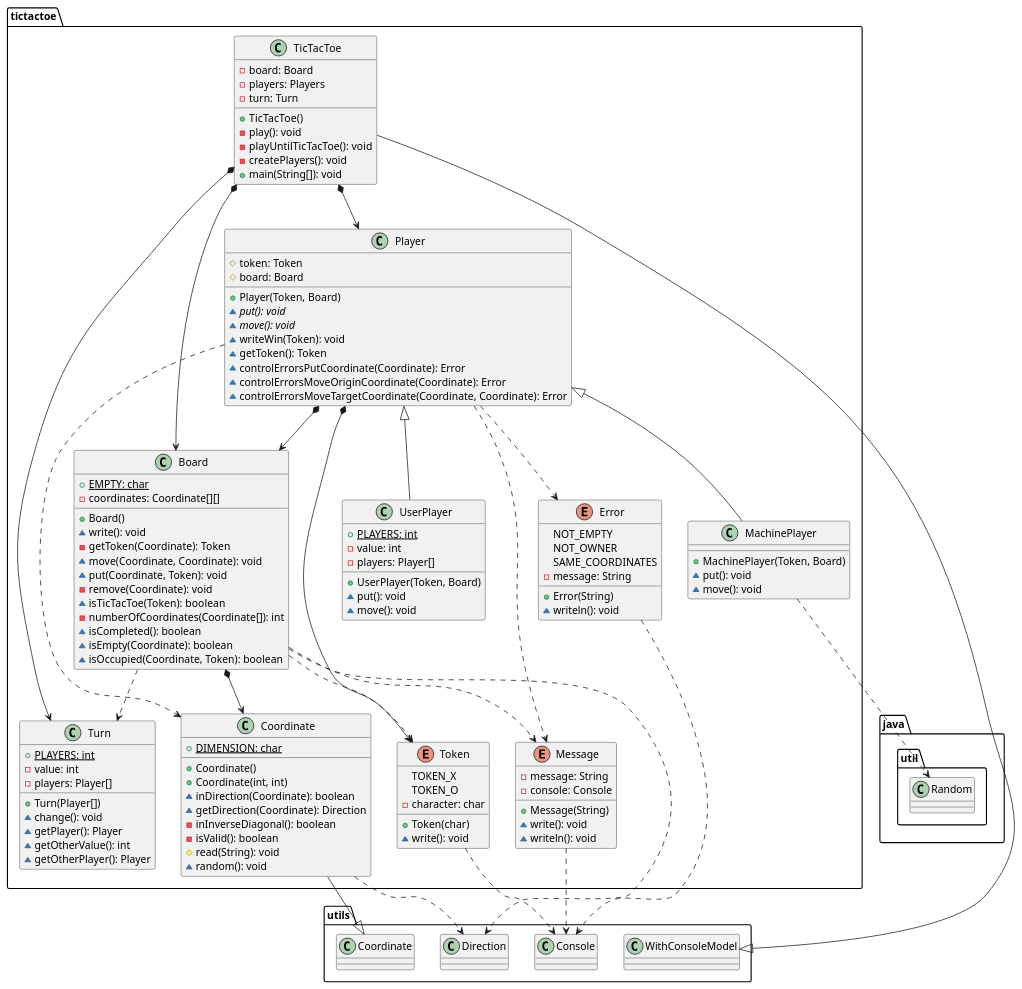
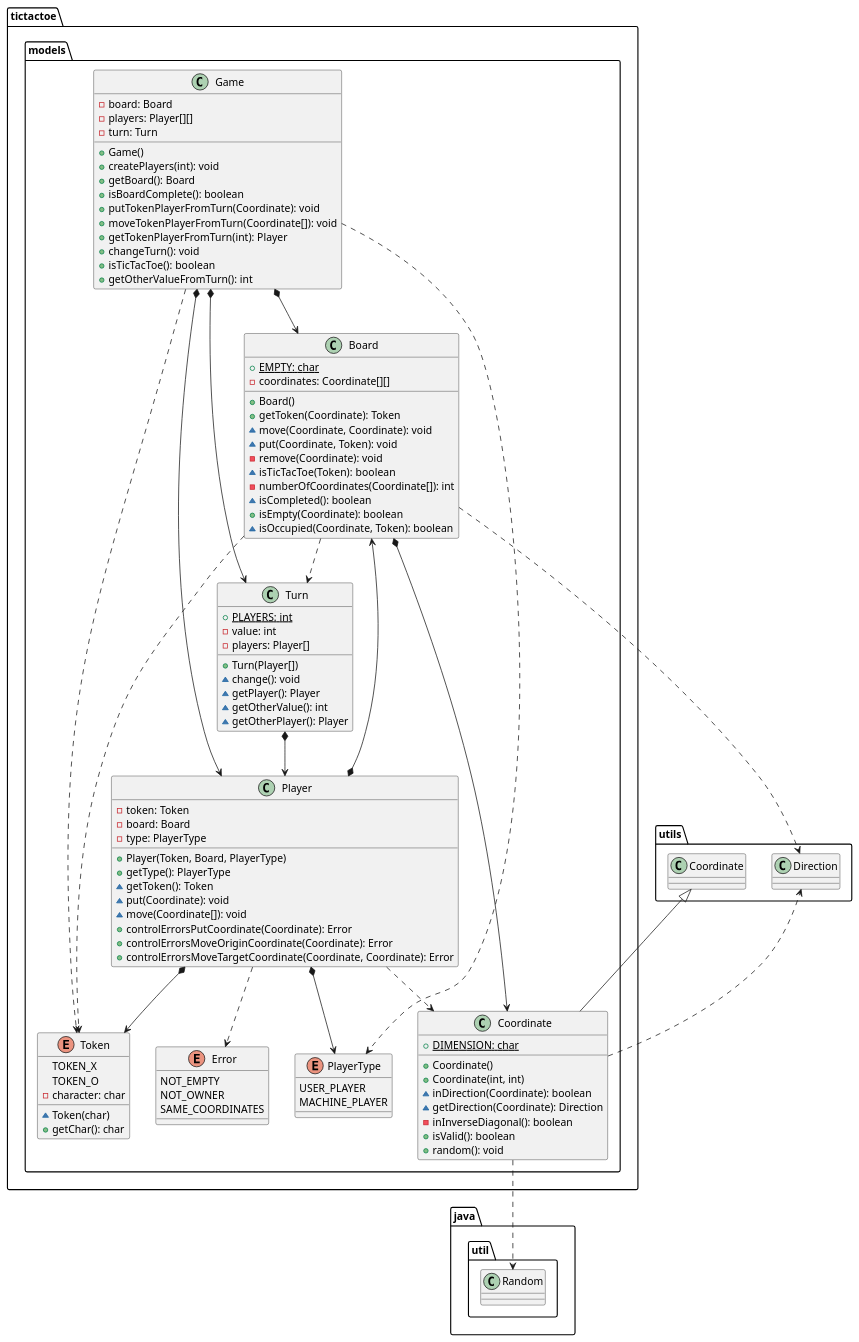
One commit to x-USantaTecla-game-ticTacToe/java changed the third of 5 diagrams in docs/src/docs/asciidoc/index.adoc. Above: the diagram before and after it, drawn with PlantUML. The commit also changed other lines of this file and 20 other files, not shown here.

```diff
--- a/docs/src/docs/asciidoc/index.adoc
+++ b/docs/src/docs/asciidoc/index.adoc
@@ -50,111 +73,99 @@
-[plantuml,version1TicTacToe,svg]
+[plantuml,tictactoeModels,svg]
 ....
 
-class  tictactoe.Board{
+class  tictactoe.models.Board{
 + {static} EMPTY: char
 - coordinates: Coordinate[][]
 + Board()
-~ write(): void
-- getToken(Coordinate): Token
++ getToken(Coordinate): Token
 ~ move(Coordinate, Coordinate): void
 ~ put(Coordinate, Token): void
 - remove(Coordinate): void
 ~ isTicTacToe(Token): boolean
 - numberOfCoordinates(Coordinate[]): int
 ~ isCompleted(): boolean
-~ isEmpty(Coordinate): boolean
++ isEmpty(Coordinate): boolean
 ~ isOccupied(Coordinate, Token): boolean
 }
-tictactoe.Board *-down-> tictactoe.Coordinate
-tictactoe.Board ..> tictactoe.Token
-tictactoe.Board ..> tictactoe.Turn
-tictactoe.Board ..> utils.Direction
-tictactoe.Board ..> tictactoe.Message
+tictactoe.models.Board *-down-> tictactoe.models.Coordinate
+tictactoe.models.Board ..> tictactoe.models.Token
+tictactoe.models.Board ..> tictactoe.models.Turn
+tictactoe.models.Board ..> utils.Direction
 
-class  tictactoe.Coordinate{
+class  tictactoe.models.Coordinate{
 + {static} DIMENSION: char
 + Coordinate()
 + Coordinate(int, int)
 ~ inDirection(Coordinate): boolean
 ~ getDirection(Coordinate): Direction
 - inInverseDiagonal(): boolean
-- isValid(): boolean
-# read(String): void
-~ random(): void
++ isValid(): boolean
++ random(): void
 }
-utils.Coordinate <|-down- tictactoe.Coordinate
-tictactoe.Coordinate ..> utils.Direction
+utils.Coordinate <|-down- tictactoe.models.Coordinate
+tictactoe.models.Coordinate ..> utils.Direction
+tictactoe.models.Coordinate ..> java.util.Random
 
-enum  tictactoe.Error{
+enum  tictactoe.models.Error{
 NOT_EMPTY
 NOT_OWNER
 SAME_COORDINATES
-- message: String
-+ Error(String)
-~ writeln(): void
 }
-tictactoe.Error ..> utils.Console
 
-class  tictactoe.MachinePlayer{
-+ MachinePlayer(Token, Board)
-~ put(): void
-~ move(): void
+class  tictactoe.models.Game{
+- board: Board
+- players: Player[][]
+- turn: Turn
++ Game()
++ createPlayers(int): void
++ getBoard(): Board
++ isBoardComplete(): boolean
++ putTokenPlayerFromTurn(Coordinate): void
++ moveTokenPlayerFromTurn(Coordinate[]): void
++ getTokenPlayerFromTurn(int): Player
++ changeTurn(): void
++ isTicTacToe(): boolean
++ getOtherValueFromTurn(): int
 }
-tictactoe.Player <|-down- tictactoe.MachinePlayer
-tictactoe.MachinePlayer ..> java.util.Random
+tictactoe.models.Game *-down-> tictactoe.models.Board
+tictactoe.models.Game *-down-> tictactoe.models.Player
+tictactoe.models.Game *-down-> tictactoe.models.Turn
+tictactoe.models.Game ..> tictactoe.models.Token
+tictactoe.models.Game ..> tictactoe.models.PlayerType
 
-enum  tictactoe.Message{
-- message: String
-- console: Console
-+ Message(String)
-~ write(): void
-~ writeln(): void
+class  tictactoe.models.Player{
+- token: Token
+- board: Board
+- type: PlayerType
++ Player(Token, Board, PlayerType)
++ getType(): PlayerType
+~ getToken(): Token
+~ put(Coordinate): void
+~ move(Coordinate[]): void
++ controlErrorsPutCoordinate(Coordinate): Error
++ controlErrorsMoveOriginCoordinate(Coordinate): Error
++ controlErrorsMoveTargetCoordinate(Coordinate, Coordinate): Error
 }
-tictactoe.Message ..> utils.Console
+tictactoe.models.Player *-down-> tictactoe.models.Token
+tictactoe.models.Player *-down-> tictactoe.models.Board
+tictactoe.models.Player *-down-> tictactoe.models.PlayerType 
+tictactoe.models.Player ..> tictactoe.models.Coordinate
+tictactoe.models.Player ..> tictactoe.models.Error
 
-class  tictactoe.Player{
-# token: Token
-# board: Board
-+ Player(Token, Board)
-~ {abstract} put(): void
-~ {abstract} move(): void
-~ writeWin(Token): void
-~ getToken(): Token
-~ controlErrorsPutCoordinate(Coordinate): Error
-~ controlErrorsMoveOriginCoordinate(Coordinate): Error
-~ controlErrorsMoveTargetCoordinate(Coordinate, Coordinate): Error
+enum  tictactoe.models.PlayerType{
+USER_PLAYER
+MACHINE_PLAYER
 }
-tictactoe.Player *-down-> tictactoe.Token
-tictactoe.Player *-down-> tictactoe.Board
-tictactoe.Player ..> tictactoe.Coordinate
-tictactoe.Player ..> tictactoe.Error
-tictactoe.Player ..> tictactoe.Message
 
-class  tictactoe.TicTacToe{
-- board: Board
-- players: Players
-- turn: Turn
-+ TicTacToe()
-- play(): void
-- playUntilTicTacToe(): void
-- createPlayers(): void
-+ main(String[]): void
-}
-utils.WithConsoleModel <|-down- tictactoe.TicTacToe
-tictactoe.TicTacToe *-down-> tictactoe.Board
-tictactoe.TicTacToe *-down-> tictactoe.Player
-tictactoe.TicTacToe *-down-> tictactoe.Turn
-
-enum  tictactoe.Token{
+enum  tictactoe.models.Token{
 TOKEN_X
 TOKEN_O
 - character: char
-+ Token(char)
-~ write(): void
+~ Token(char)
++ getChar(): char
 }
-tictactoe.Token..> utils.Console
 
-class  tictactoe.Turn{
+class  tictactoe.models.Turn{
 + {static} PLAYERS: int
 - value: int
 - players: Player[]
@@ -164,15 +175,6 @@
 ~ getOtherValue(): int
 ~ getOtherPlayer(): Player
 }
-
-class  tictactoe.UserPlayer{
-+ {static} PLAYERS: int
-- value: int
-- players: Player[]
-+ UserPlayer(Token, Board)
-~ put(): void
-~ move(): void
-}
-tictactoe.Player <|-down- tictactoe.UserPlayer
+tictactoe.models.Turn *-down-> tictactoe.models.Player
 
 ....
```
